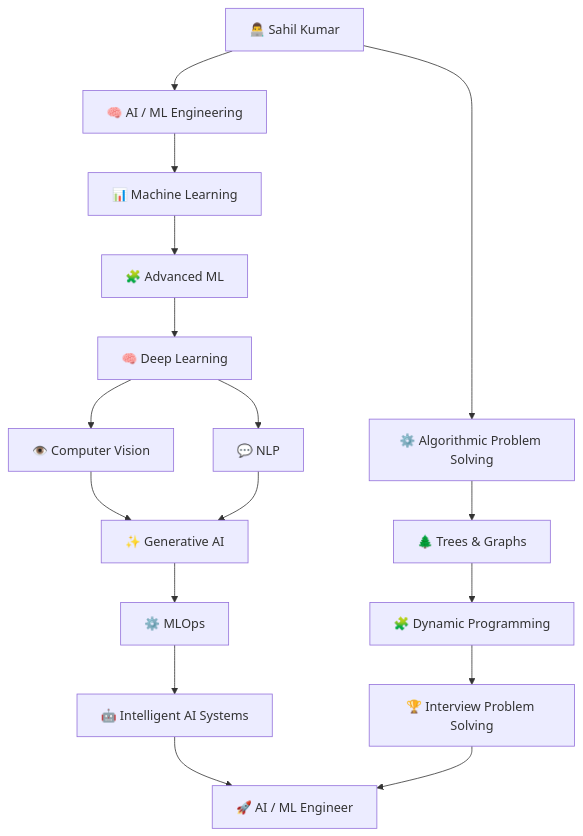
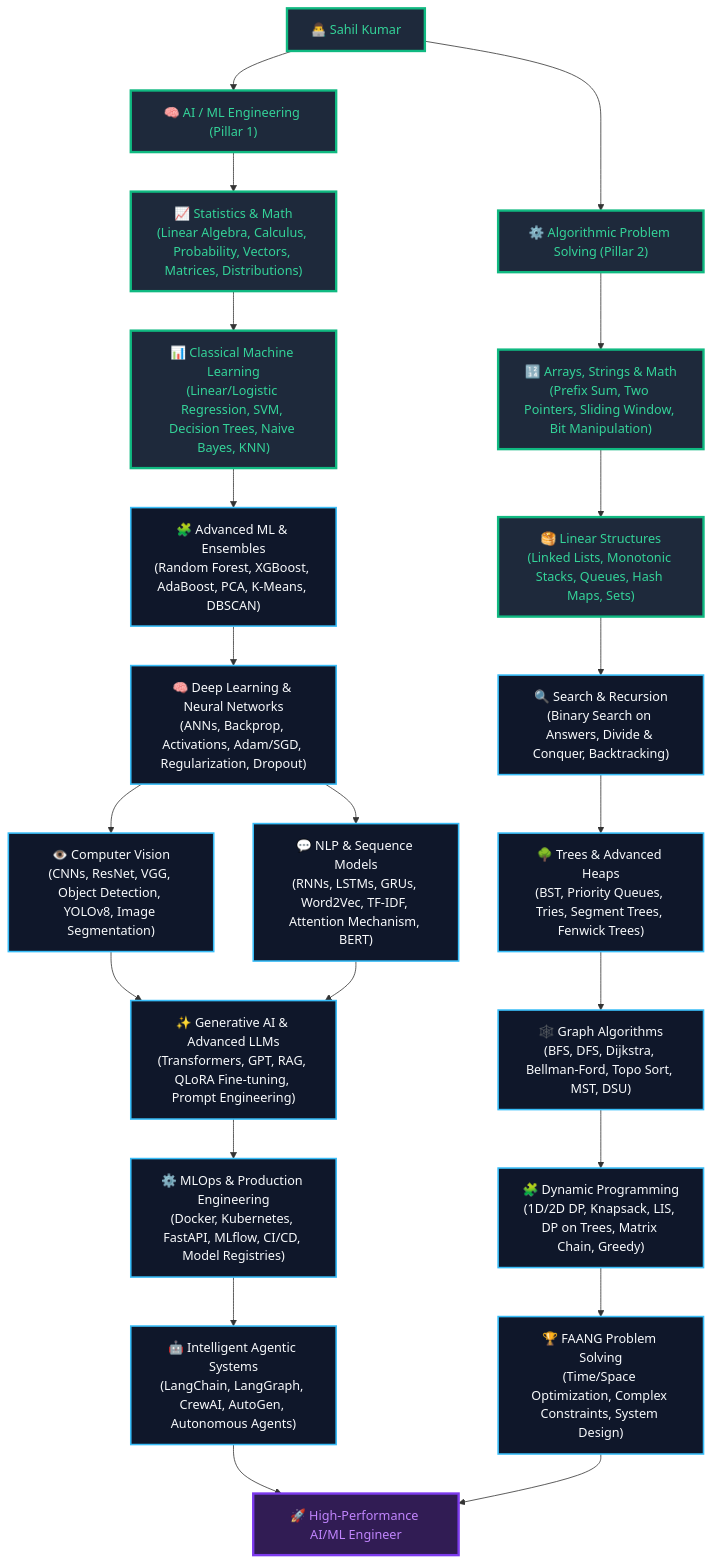
One commit to Sahil-K-Y/Sahil-K-Y changed the diagram in README.md. Above: the diagram before and after it, drawn with Mermaid. The commit also changed other lines of this file, not shown here.

````diff
--- a/README.md
+++ b/README.md
@@ -135,28 +116,40 @@
-```mermaid id="i8e0dx"
+```mermaid
 graph TD
-
     A["👨‍💻 Sahil Kumar"]
-
-    A --> B["🧠 AI / ML Engineering"]
-    A --> C["⚙️ Algorithmic Problem Solving"]
-
-    B --> D["📊 Machine Learning"]
-    D --> E["🧩 Advanced ML"]
-    E --> F["🧠 Deep Learning"]
-
-    F --> G["👁️ Computer Vision"]
-    F --> H["💬 NLP"]
-
-    G --> I["✨ Generative AI"]
+    
+    %% Dual Pillars Split
+    A --> B["🧠 AI / ML Engineering (Pillar 1)"]
+    A --> C["⚙️ Algorithmic Problem Solving (Pillar 2)"]
+    
+    %% AI/ML Engineering Path
+    B --> D0["📈 Statistics & Math<br/>(Linear Algebra, Calculus, Probability, Vectors, Matrices, Distributions)"]
+    D0 --> D["📊 Classical Machine Learning<br/>(Linear/Logistic Regression, SVM, Decision Trees, Naive Bayes, KNN)"]
+    D --> E["🧩 Advanced ML & Ensembles<br/>(Random Forest, XGBoost, AdaBoost, PCA, K-Means, DBSCAN)"]
+    E --> F["🧠 Deep Learning & Neural Networks<br/>(ANNs, Backprop, Activations, Adam/SGD, Regularization, Dropout)"]
+    F --> G["👁️ Computer Vision<br/>(CNNs, ResNet, VGG, Object Detection, YOLOv8, Image Segmentation)"]
+    F --> H["💬 NLP & Sequence Models<br/>(RNNs, LSTMs, GRUs, Word2Vec, TF-IDF, Attention Mechanism, BERT)"]
+    G --> I["✨ Generative AI & Advanced LLMs<br/>(Transformers, GPT, RAG, QLoRA Fine-tuning, Prompt Engineering)"]
     H --> I
-
-    I --> J["⚙️ MLOps"]
-    J --> K["🤖 Intelligent AI Systems"]
-
-    C --> L["🌲 Trees & Graphs"]
-    L --> M["🧩 Dynamic Programming"]
-    M --> N["🏆 Interview Problem Solving"]
-
-    K --> O["🚀 AI / ML Engineer"]
-    N --> O
+    I --> J["⚙️ MLOps & Production Engineering<br/>(Docker, Kubernetes, FastAPI, MLflow, CI/CD, Model Registries)"]
+    J --> K["🤖 Intelligent Agentic Systems<br/>(LangChain, LangGraph, CrewAI, AutoGen, Autonomous Agents)"]
+    
+    %% DSA Path (Complete Linear & Non-Linear)
+    C --> C0["🔢 Arrays, Strings & Math<br/>(Prefix Sum, Two Pointers, Sliding Window, Bit Manipulation)"]
+    C0 --> L["🥞 Linear Structures<br/>(Linked Lists, Monotonic Stacks, Queues, Hash Maps, Sets)"]
+    L --> M["🔍 Search & Recursion<br/>(Binary Search on Answers, Divide & Conquer, Backtracking)"]
+    M --> N["🌳 Trees & Advanced Heaps<br/>(BST, Priority Queues, Tries, Segment Trees, Fenwick Trees)"]
+    N --> P["🕸️ Graph Algorithms<br/>(BFS, DFS, Dijkstra, Bellman-Ford, Topo Sort, MST, DSU)"]
+    P --> Q["🧩 Dynamic Programming<br/>(1D/2D DP, Knapsack, LIS, DP on Trees, Matrix Chain, Greedy)"]
+    Q --> R["🏆 FAANG Problem Solving<br/>(Time/Space Optimization, Complex Constraints, System Design)"]
+    
+    %% Convergence at Graduation
+    K --> O["🚀 High-Performance AI/ML Engineer"]
+    R --> O
+    
+    classDef default fill:#0F172A,stroke:#38BDF8,stroke-width:2px,color:#F8FAFC;
+    classDef active fill:#1E293B,stroke:#10B981,stroke-width:3px,color:#34D399;
+    classDef capstone fill:#311C54,stroke:#7C3AED,stroke-width:3px,color:#C084FC;
+    
+    class A,B,C,C0,D0,D,L active;
+    class O capstone;
 ```
````
